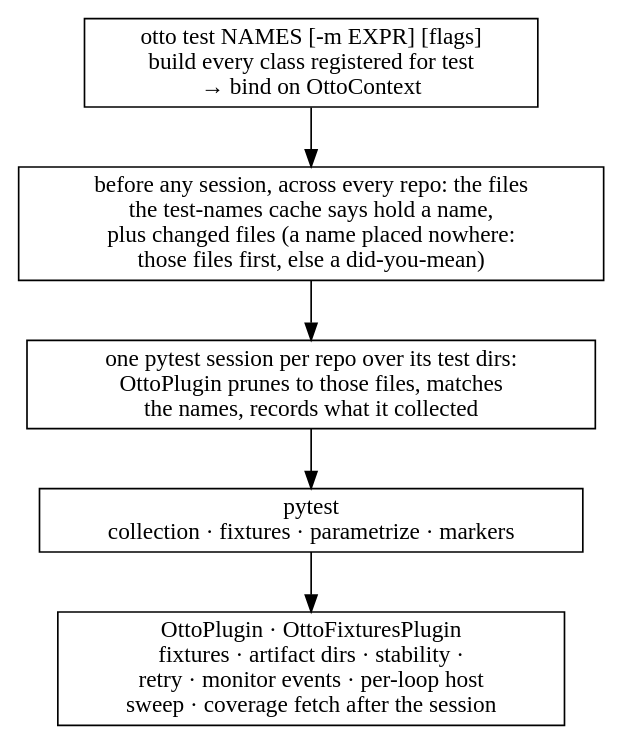
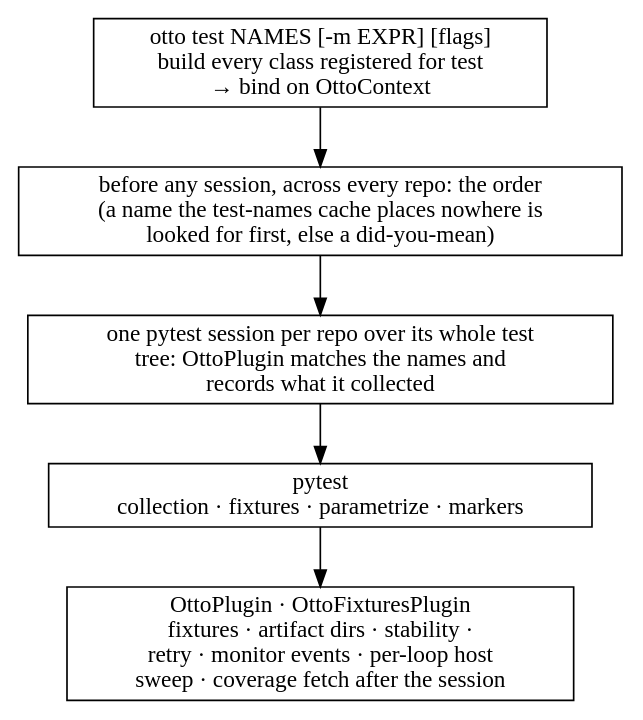
One commit to ludachrish3/otto-sh changed the diagram in docs/architecture/subsystems/execution.md. Above: the diagram before and after it, drawn with Graphviz. The commit also changed other lines of this file and 19 other files, not shown here.

````diff
--- a/docs/architecture/subsystems/execution.md
+++ b/docs/architecture/subsystems/execution.md
@@ -12,14 +12,14 @@
 ```{graphviz}
 digraph testpipeline {
     rankdir=TB;
     node [shape=box];
 
     cli [label="otto test NAMES [-m EXPR] [flags]\nbuild every class registered for test\n→ bind on OttoContext"];
-    resolve [label="before any session, across every repo: the files\nthe test-names cache says hold a name,\nplus changed files (a name placed nowhere:\nthose files first, else a did-you-mean)"];
-    session [label="one pytest session per repo over its test dirs:\nOttoPlugin prunes to those files, matches\nthe names, records what it collected"];
+    resolve [label="before any session, across every repo: the order\n(a name the test-names cache places nowhere is\nlooked for first, else a did-you-mean)"];
+    session [label="one pytest session per repo over its whole test\ntree: OttoPlugin matches the names and\nrecords what it collected"];
     pytest_ [label="pytest\ncollection · fixtures · parametrize · markers"];
     plugin [label="OttoPlugin · OttoFixturesPlugin\nfixtures · artifact dirs · stability ·\nretry · monitor events · per-loop host\nsweep · coverage fetch after the session"];
 
     cli -> resolve -> session -> pytest_ -> plugin;
 }
 ```
````
